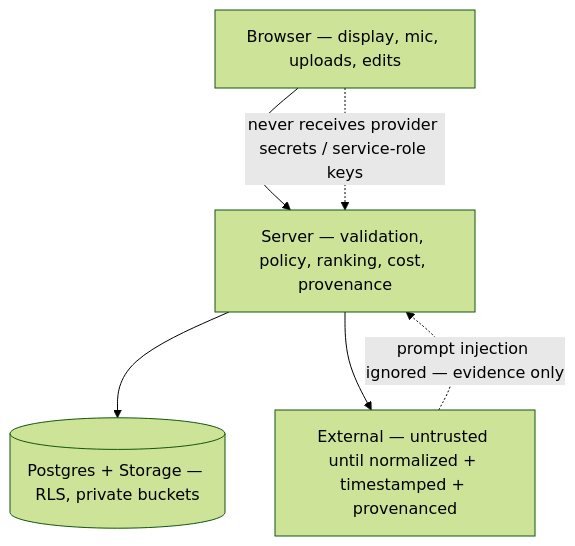
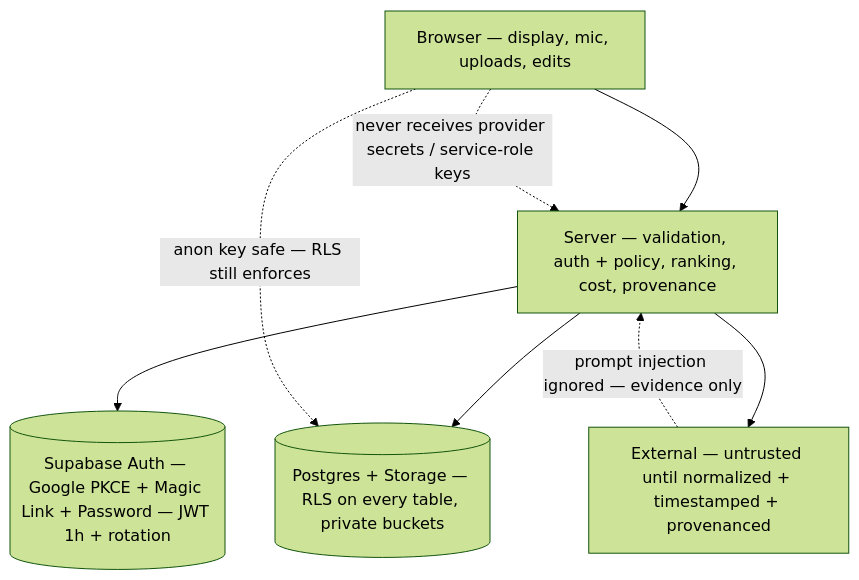
One commit to jagathsrujan/modelatlas1 changed the ninth of 9 diagrams in README.md. Above: the diagram before and after it, drawn with Mermaid (forest theme). The commit also changed other lines of this file, not shown here.

````diff
--- a/README.md
+++ b/README.md
@@ -484,8 +521,10 @@
 ```mermaid
 flowchart TB
-    Browser[Browser — display, mic, uploads, edits] --> Server[Server — validation, policy, ranking, cost, provenance]
-    Server --> DB[(Postgres + Storage — RLS, private buckets)]
+    Browser[Browser — display, mic, uploads, edits] --> Server[Server — validation, auth + policy, ranking, cost, provenance]
+    Server --> Auth[(Supabase Auth — Google PKCE + Magic Link + Password — JWT 1h + rotation)]
+    Server --> DB[(Postgres + Storage — RLS on every table, private buckets)]
     Server --> External[External — untrusted until normalized + timestamped + provenanced]
     Browser -.->|"never receives provider secrets / service-role keys"| Server
+    Browser -.->|"anon key safe — RLS still enforces"| DB
     External -.->|"prompt injection ignored — evidence only"| Server
 ```
````
